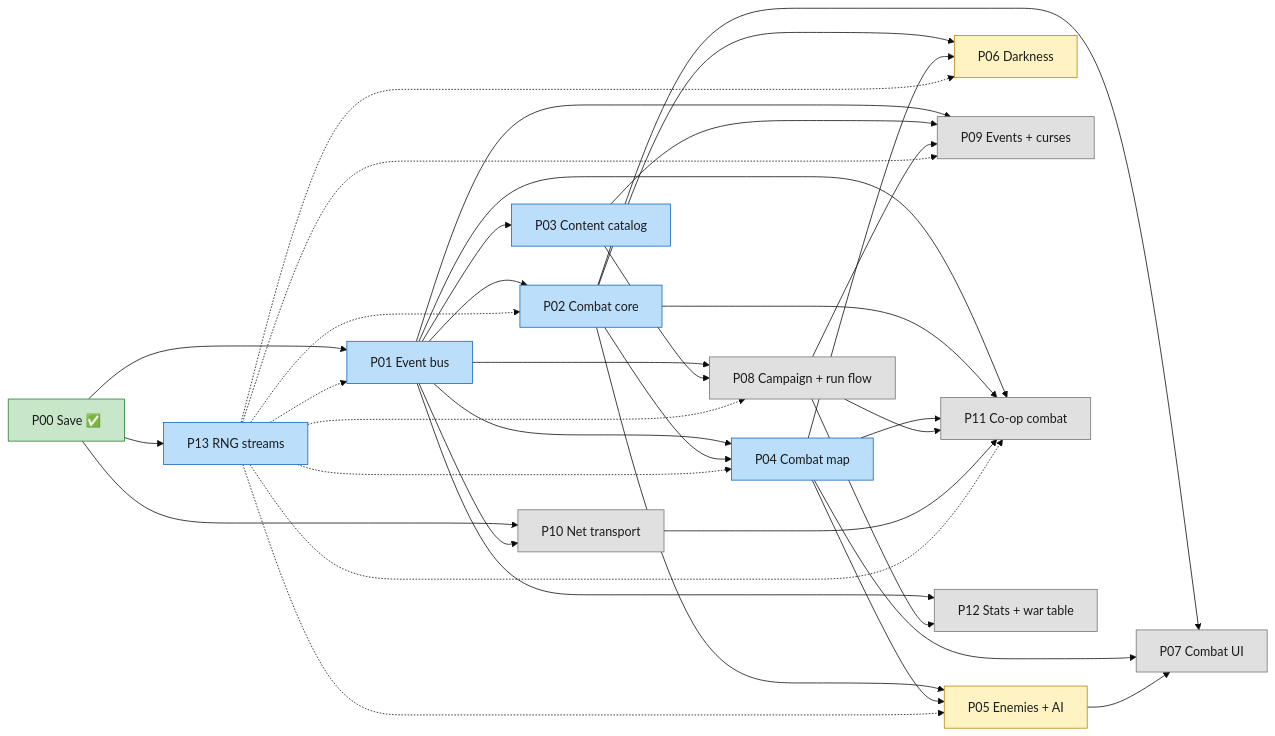
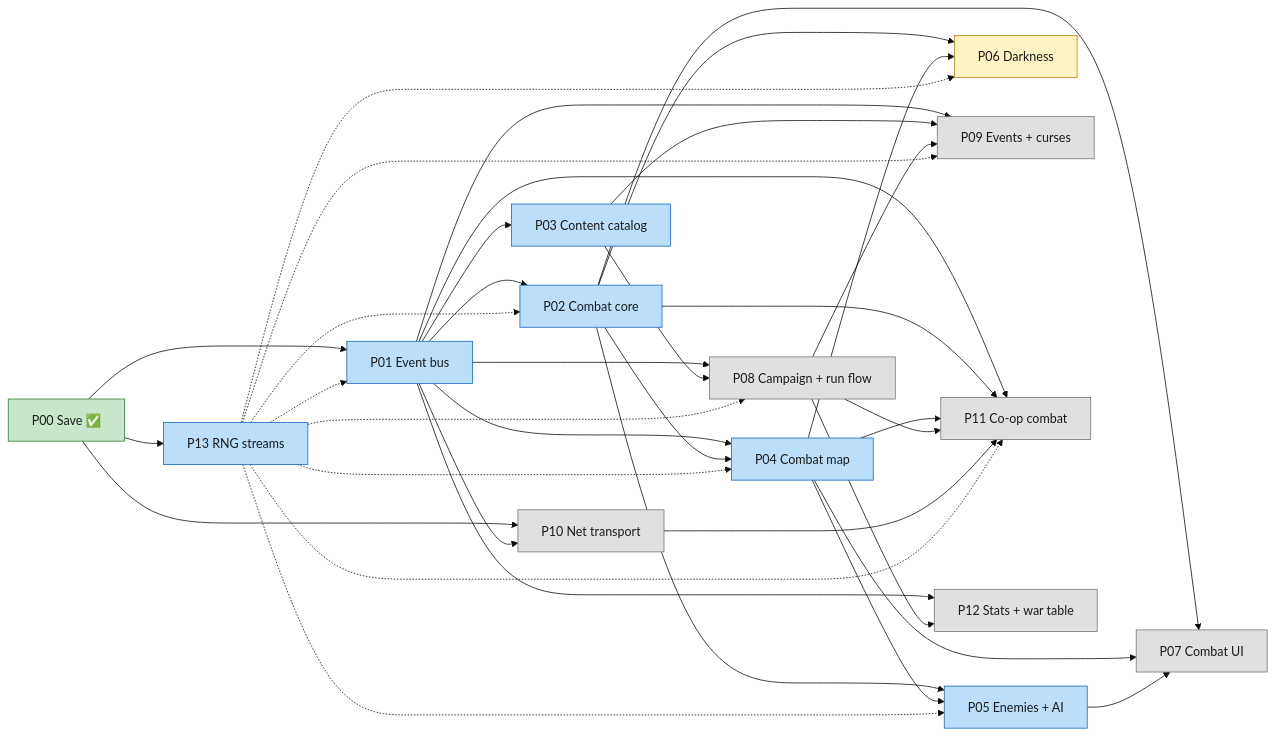
Before and after one commit to DevinHMurphy/bandit-bash: the first of 2 diagrams in docs/plans/game-orchestrator.md, drawn with Mermaid (base theme). The commit also changed other lines of this file and 1 other file, not shown here.

````diff
--- a/docs/plans/game-orchestrator.md
+++ b/docs/plans/game-orchestrator.md
@@ -122,47 +122,47 @@
 ```mermaid
 flowchart LR
   P00[P00 Save ✅] --> P01[P01 Event bus]
   P00 --> P13[P13 RNG streams]
   P00 --> P10[P10 Net transport]
   P01 --> P02[P02 Combat core]
   P01 --> P03[P03 Content catalog]
   P01 --> P04[P04 Combat map]
   P02 --> P04
   P02 --> P05[P05 Enemies + AI]
   P04 --> P05
   P02 --> P06[P06 Darkness]
   P04 --> P06
   P02 --> P07[P07 Combat UI]
   P04 --> P07
   P05 --> P07
   P01 --> P08[P08 Campaign + run flow]
   P03 --> P08
   P01 --> P09[P09 Events + curses]
   P03 --> P09
   P08 --> P09
   P01 --> P10
   P01 --> P11[P11 Co-op combat]
   P02 --> P11
   P04 --> P11
   P08 --> P11
   P10 --> P11
   P01 --> P12[P12 Stats + war table]
   P08 --> P12
   P13 -.-> P01
   P13 -.-> P02
   P13 -.-> P04
   P13 -.-> P05
   P13 -.-> P06
   P13 -.-> P08
   P13 -.-> P09
   P13 -.-> P11
 
   classDef done fill:#c8e6c9,stroke:#2e7d32,color:#1b1b1b
   classDef active fill:#bbdefb,stroke:#1565c0,color:#1b1b1b
   classDef ready fill:#fff3c4,stroke:#b8860b,color:#1b1b1b
   classDef waiting fill:#e0e0e0,stroke:#757575,color:#1b1b1b
   class P00 done
-  class P01,P02,P03,P04,P13 active
-  class P05,P06 ready
+  class P01,P02,P03,P04,P05,P13 active
+  class P06 ready
   class P07,P08,P09,P10,P11,P12 waiting
 ```
````
